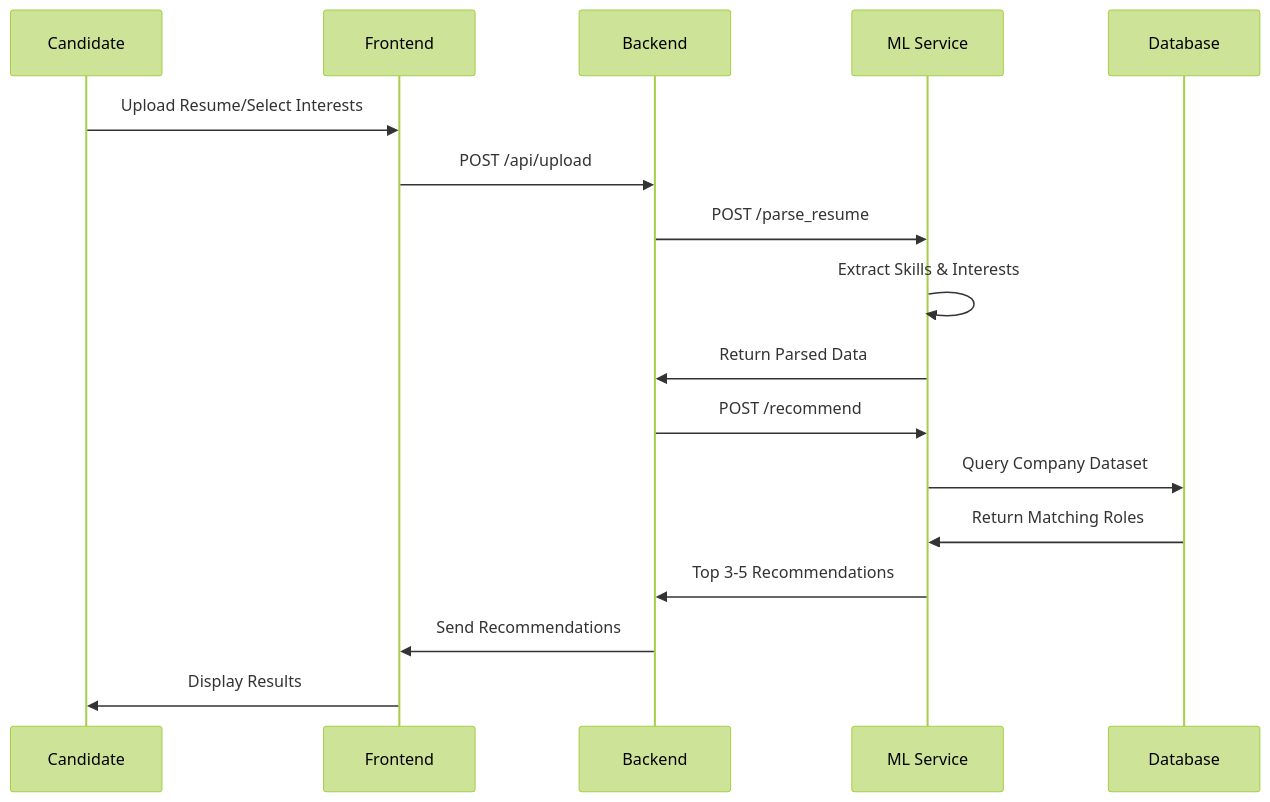
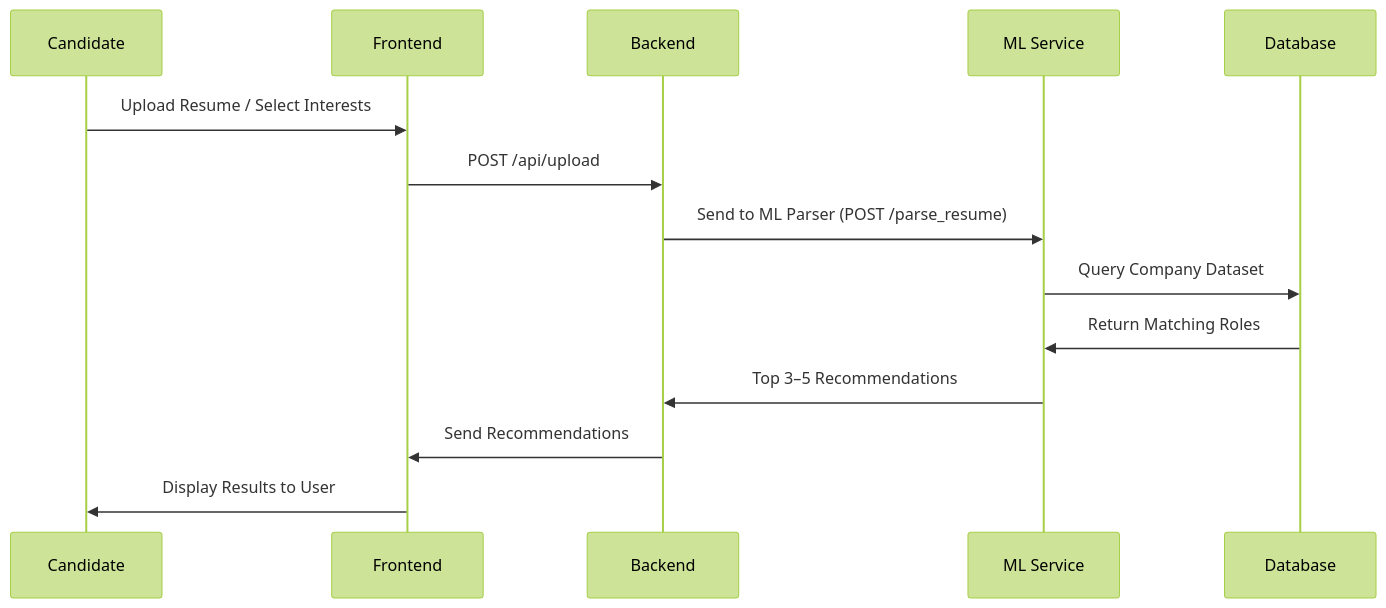
Before and after one commit to AnshRaj112/dmdw-project: the fifth of 6 diagrams in README.md, drawn with Mermaid (forest theme). The commit also changed other lines of this file, not shown here.

````diff
--- a/README.md
+++ b/README.md
@@ -238,20 +136,17 @@
 ```mermaid
 sequenceDiagram
     participant C as Candidate
     participant F as Frontend
     participant B as Backend
     participant M as ML Service
     participant D as Database
     
-    C->>F: Upload Resume/Select Interests
+    C->>F: Upload Resume / Select Interests
     F->>B: POST /api/upload
-    B->>M: POST /parse_resume
-    M->>M: Extract Skills & Interests
-    M->>B: Return Parsed Data
-    B->>M: POST /recommend
+    B->>M: Send to ML Parser (POST /parse_resume)
     M->>D: Query Company Dataset
     D->>M: Return Matching Roles
-    M->>B: Top 3-5 Recommendations
+    M->>B: Top 3–5 Recommendations
     B->>F: Send Recommendations
-    F->>C: Display Results
+    F->>C: Display Results to User
 ```
````
